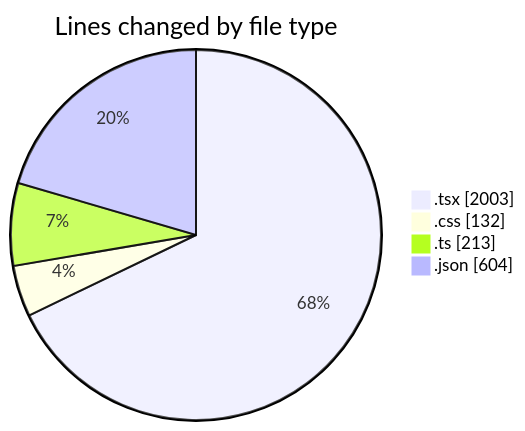
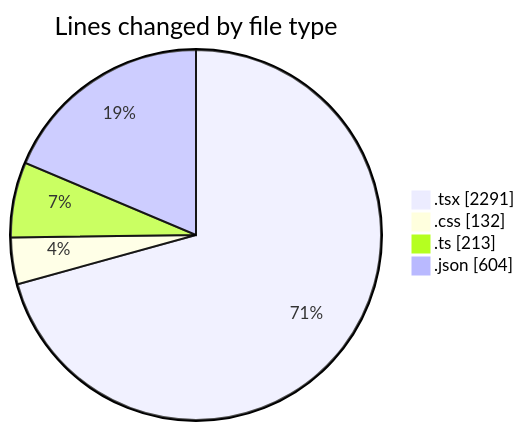
Before and after one commit to Elitesun/code-tracking: the first of 2 diagrams in 2025-05-06/niten/README.md, drawn with Mermaid. The commit also changed other lines of this file and 1 other file, not shown here.

````diff
--- a/2025-05-06/niten/README.md
+++ b/2025-05-06/niten/README.md
@@ -53,8 +54,8 @@
 ```mermaid
 pie showData
 title Lines changed by file type
-".tsx" : 2003
+".tsx" : 2291
 ".css" : 132
 ".ts" : 213
 ".json" : 604
 ```
````
